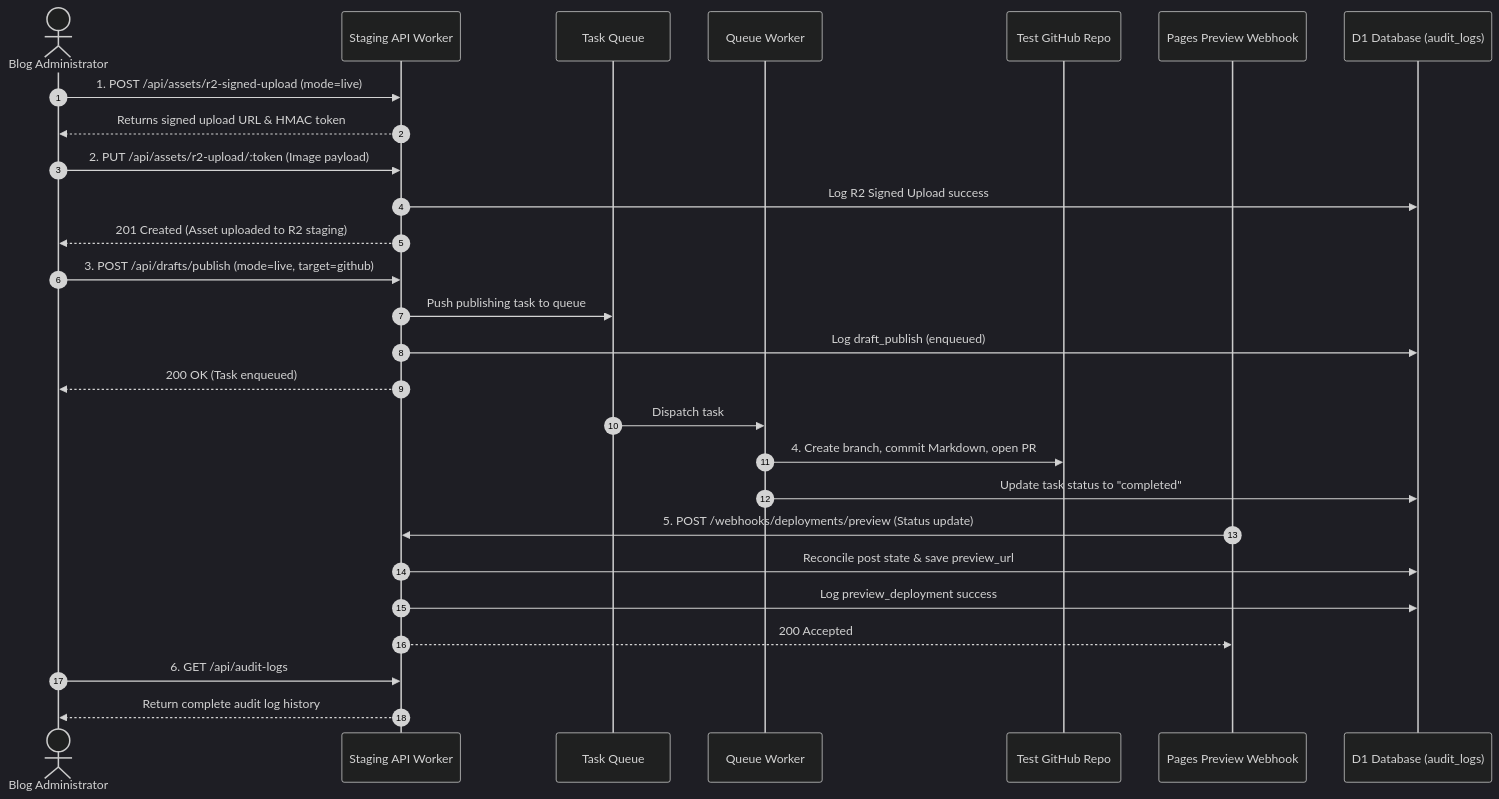
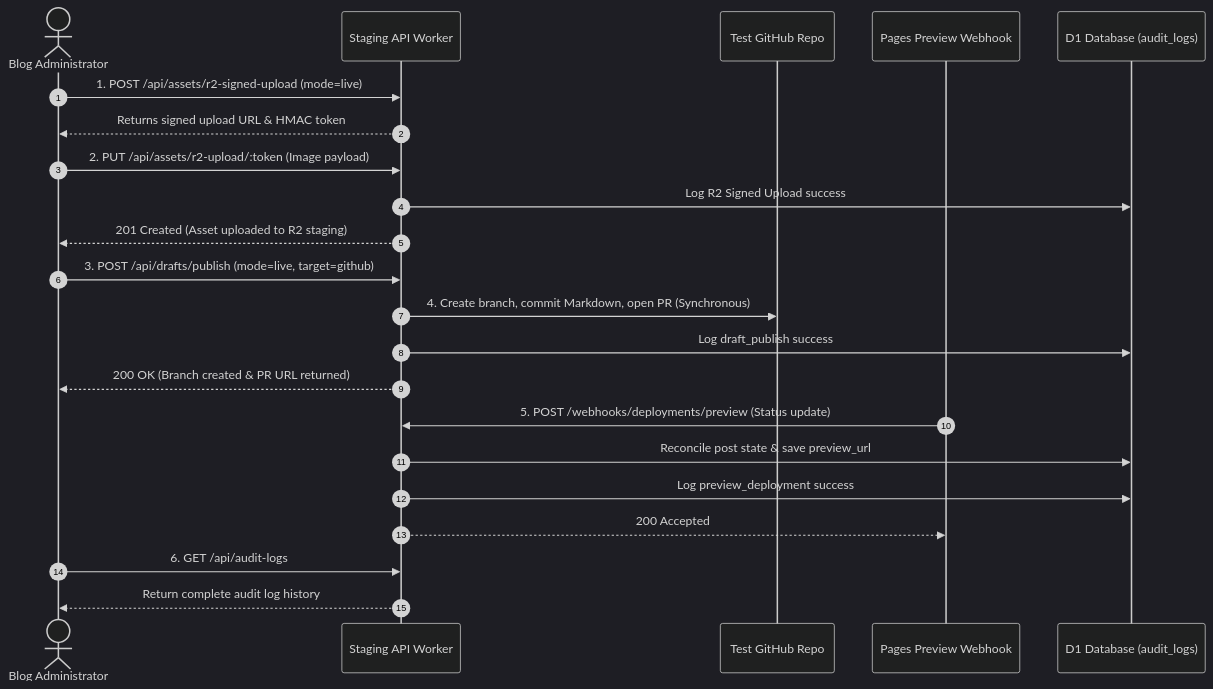
One commit to ranbeioc/xhalo-blog changed the first of 2 diagrams in docs/live-write-verification.md. Above: the diagram before and after it, drawn with Mermaid (dark theme). The commit also changed other lines of this file and 13 other files, not shown here.

````diff
--- a/docs/live-write-verification.md
+++ b/docs/live-write-verification.md
@@ -32,34 +43,28 @@
 ```mermaid
 sequenceDiagram
     autonumber
     actor Admin as Blog Administrator
     participant API as Staging API Worker
-    participant Queue as Task Queue
-    participant Consumer as Queue Worker
     participant Github as Test GitHub Repo
     participant Pages as Pages Preview Webhook
     participant D1 as D1 Database (audit_logs)
 
     Admin->>API: 1. POST /api/assets/r2-signed-upload (mode=live)
     API-->>Admin: Returns signed upload URL & HMAC token
     Admin->>API: 2. PUT /api/assets/r2-upload/:token (Image payload)
     API->>D1: Log R2 Signed Upload success
     API-->>Admin: 201 Created (Asset uploaded to R2 staging)
 
     Admin->>API: 3. POST /api/drafts/publish (mode=live, target=github)
-    API->>Queue: Push publishing task to queue
-    API->>D1: Log draft_publish (enqueued)
-    API-->>Admin: 200 OK (Task enqueued)
-
-    Queue->>Consumer: Dispatch task
-    Consumer->>Github: 4. Create branch, commit Markdown, open PR
-    Consumer->>D1: Update task status to "completed"
+    API->>Github: 4. Create branch, commit Markdown, open PR (Synchronous)
+    API->>D1: Log draft_publish success
+    API-->>Admin: 200 OK (Branch created & PR URL returned)
 
     Pages->>API: 5. POST /webhooks/deployments/preview (Status update)
     API->>D1: Reconcile post state & save preview_url
     API->>D1: Log preview_deployment success
     API-->>Pages: 200 Accepted
 
     Admin->>API: 6. GET /api/audit-logs
     API-->>Admin: Return complete audit log history
 ```
````
